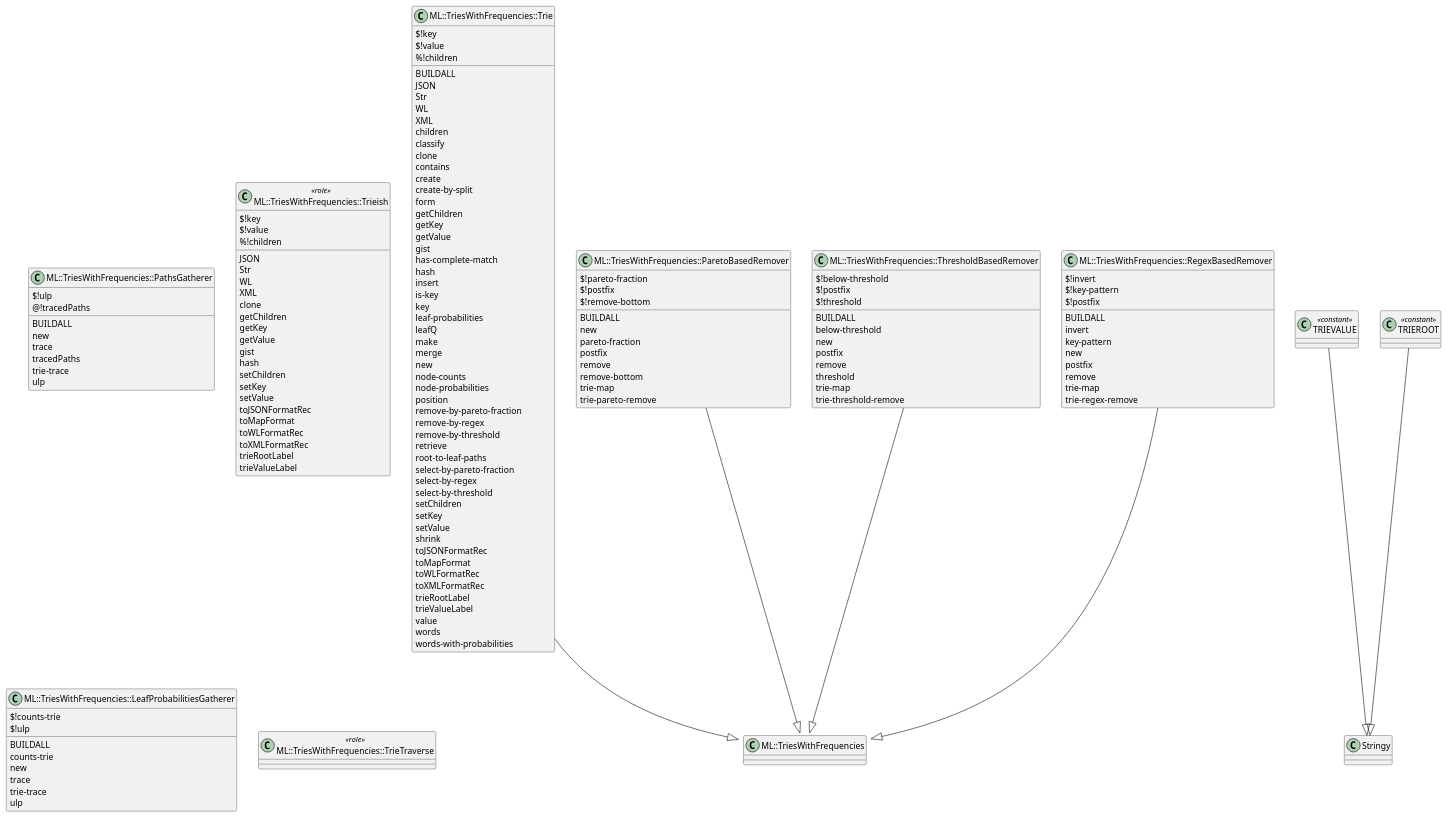
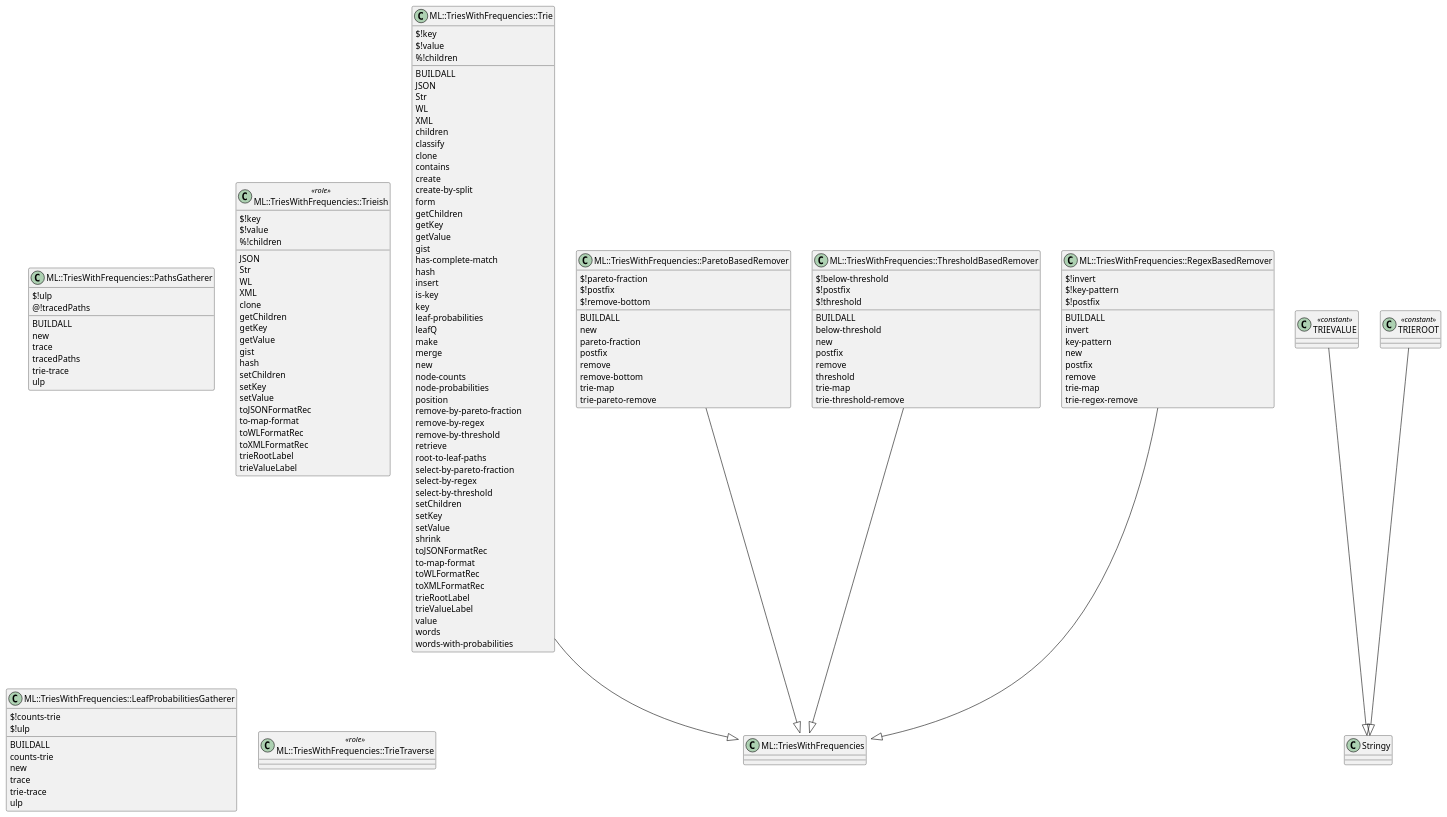
The diagram in resources/class-diagram.puml (antononcube/Raku-ML-TriesWithFrequencies), drawn with PlantUML before and after one commit. The commit also changed 8 other files, not shown here.

```diff
--- a/resources/class-diagram.puml
+++ b/resources/class-diagram.puml
@@ -1,172 +1,172 @@
 @startuml
 class ML::TriesWithFrequencies::PathsGatherer  {
   {field} $!ulp
   {field} @!tracedPaths
   {method} BUILDALL
   {method} new
   {method} trace
   {method} tracedPaths
   {method} trie-trace
   {method} ulp
 }
 
 
 class ML::TriesWithFrequencies::Trie  {
   {field} $!key
   {field} $!value
   {field} %!children
   {method} BUILDALL
   {method} JSON
   {method} Str
   {method} WL
   {method} XML
   {method} children
   {method} classify
   {method} clone
   {method} contains
   {method} create
   {method} create-by-split
   {method} form
   {method} getChildren
   {method} getKey
   {method} getValue
   {method} gist
   {method} has-complete-match
   {method} hash
   {method} insert
   {method} is-key
   {method} key
   {method} leaf-probabilities
   {method} leafQ
   {method} make
   {method} merge
   {method} new
   {method} node-counts
   {method} node-probabilities
   {method} position
   {method} remove-by-pareto-fraction
   {method} remove-by-regex
   {method} remove-by-threshold
   {method} retrieve
   {method} root-to-leaf-paths
   {method} select-by-pareto-fraction
   {method} select-by-regex
   {method} select-by-threshold
   {method} setChildren
   {method} setKey
   {method} setValue
   {method} shrink
   {method} toJSONFormatRec
-  {method} toMapFormat
+  {method} to-map-format
   {method} toWLFormatRec
   {method} toXMLFormatRec
   {method} trieRootLabel
   {method} trieValueLabel
   {method} value
   {method} words
   {method} words-with-probabilities
 }
 ML::TriesWithFrequencies::Trie --|> ML::TriesWithFrequencies::Trieish
 
 
 class ML::TriesWithFrequencies::ParetoBasedRemover  {
   {field} $!pareto-fraction
   {field} $!postfix
   {field} $!remove-bottom
   {method} BUILDALL
   {method} new
   {method} pareto-fraction
   {method} postfix
   {method} remove
   {method} remove-bottom
   {method} trie-map
   {method} trie-pareto-remove
 }
 ML::TriesWithFrequencies::ParetoBasedRemover --|> ML::TriesWithFrequencies::TrieTraverse
 
 
 class ML::TriesWithFrequencies::ThresholdBasedRemover  {
   {field} $!below-threshold
   {field} $!postfix
   {field} $!threshold
   {method} BUILDALL
   {method} below-threshold
   {method} new
   {method} postfix
   {method} remove
   {method} threshold
   {method} trie-map
   {method} trie-threshold-remove
 }
 ML::TriesWithFrequencies::ThresholdBasedRemover --|> ML::TriesWithFrequencies::TrieTraverse
 
 
 class "TRIEVALUE" <<constant>> {
 }
 "TRIEVALUE" --|> Stringy
 
 
 class "TRIEROOT" <<constant>> {
 }
 "TRIEROOT" --|> Stringy
 
 
 class ML::TriesWithFrequencies::RegexBasedRemover  {
   {field} $!invert
   {field} $!key-pattern
   {field} $!postfix
   {method} BUILDALL
   {method} invert
   {method} key-pattern
   {method} new
   {method} postfix
   {method} remove
   {method} trie-map
   {method} trie-regex-remove
 }
 ML::TriesWithFrequencies::RegexBasedRemover --|> ML::TriesWithFrequencies::TrieTraverse
 
 
 class ML::TriesWithFrequencies::Trieish <<role>> {
   {field} $!key
   {field} $!value
   {field} %!children
   {method} JSON
   {method} Str
   {method} WL
   {method} XML
   {method} clone
   {method} getChildren
   {method} getKey
   {method} getValue
   {method} gist
   {method} hash
   {method} setChildren
   {method} setKey
   {method} setValue
   {method} toJSONFormatRec
-  {method} toMapFormat
+  {method} to-map-format
   {method} toWLFormatRec
   {method} toXMLFormatRec
   {method} trieRootLabel
   {method} trieValueLabel
 }
 
 
 class ML::TriesWithFrequencies::LeafProbabilitiesGatherer  {
   {field} $!counts-trie
   {field} $!ulp
   {method} BUILDALL
   {method} counts-trie
   {method} new
   {method} trace
   {method} trie-trace
   {method} ulp
 }
 
 
 class ML::TriesWithFrequencies::TrieTraverse <<role>> {
 }
 
 
 @enduml
```
